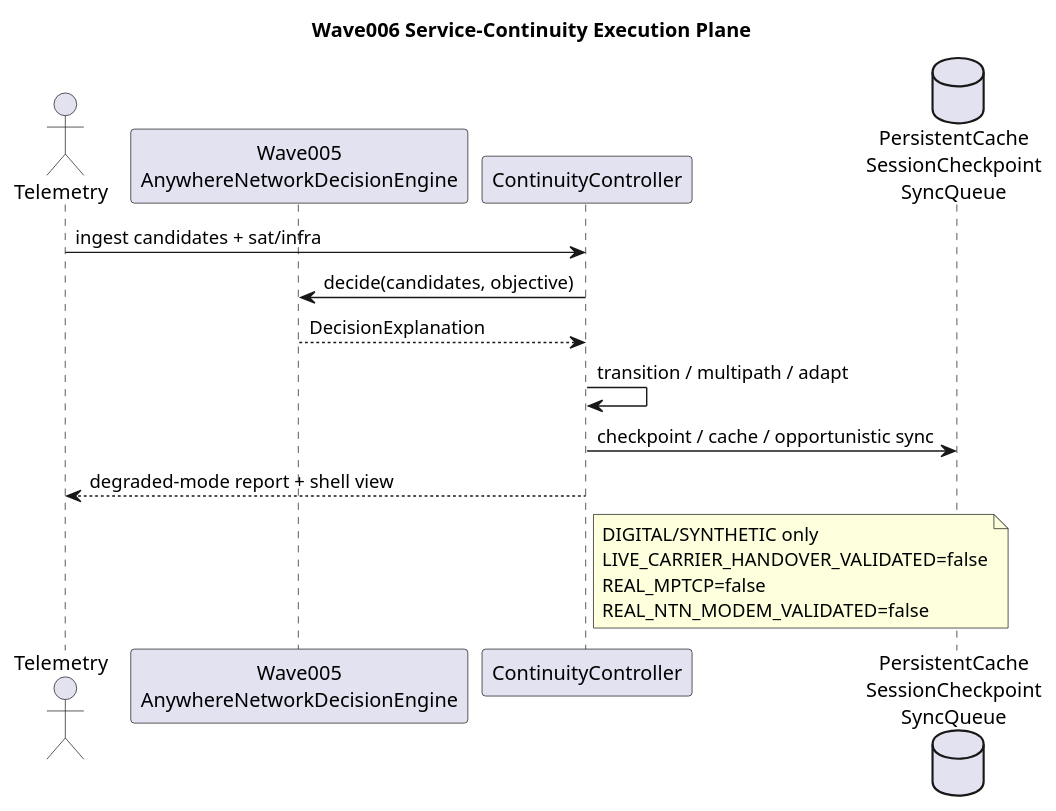
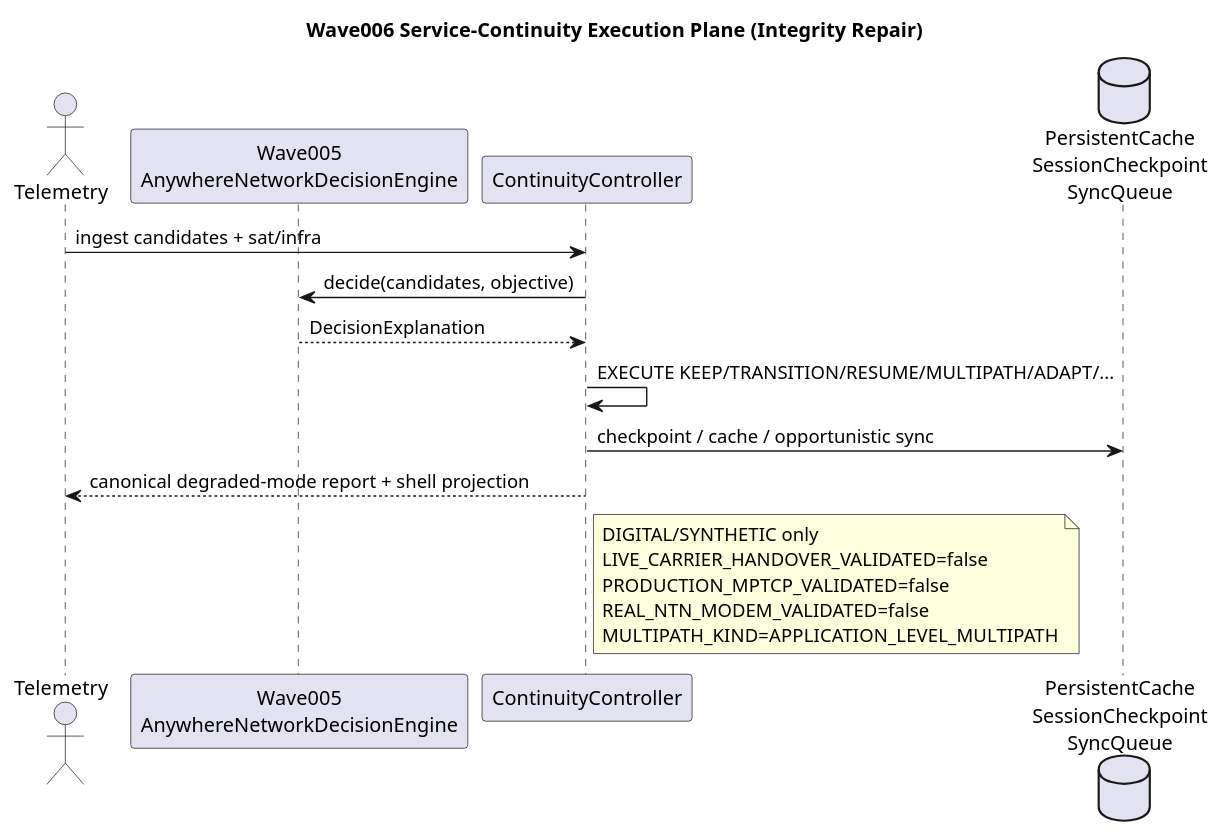
Before and after one commit to gunnchOS3k/gunnchos-device-os: the diagram in docs/diagrams/wave006_continuity_controller.puml, drawn with PlantUML. The commit also changed 49 other files, not shown here.

First line of the commit message:
Wave006 integrity repair: real continuity execution, multipath, resume, cache, sync

```diff
--- a/docs/diagrams/wave006_continuity_controller.puml
+++ b/docs/diagrams/wave006_continuity_controller.puml
@@ -1,19 +1,20 @@
 @startuml wave006_continuity_controller
-title Wave006 Service-Continuity Execution Plane
+title Wave006 Service-Continuity Execution Plane (Integrity Repair)
 actor Telemetry
 participant "Wave005\nAnywhereNetworkDecisionEngine" as D
 participant "ContinuityController" as C
 database "PersistentCache\nSessionCheckpoint\nSyncQueue" as S
 Telemetry -> C : ingest candidates + sat/infra
 C -> D : decide(candidates, objective)
 D --> C : DecisionExplanation
-C -> C : transition / multipath / adapt
+C -> C : EXECUTE KEEP/TRANSITION/RESUME/MULTIPATH/ADAPT/...
 C -> S : checkpoint / cache / opportunistic sync
-C --> Telemetry : degraded-mode report + shell view
+C --> Telemetry : canonical degraded-mode report + shell projection
 note right of C
   DIGITAL/SYNTHETIC only
   LIVE_CARRIER_HANDOVER_VALIDATED=false
-  REAL_MPTCP=false
+  PRODUCTION_MPTCP_VALIDATED=false
   REAL_NTN_MODEM_VALIDATED=false
+  MULTIPATH_KIND=APPLICATION_LEVEL_MULTIPATH
 end note
 @enduml
```
